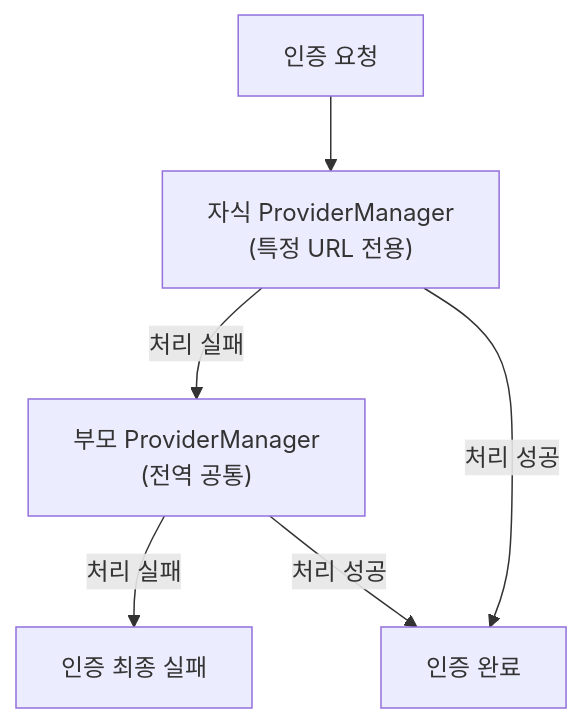
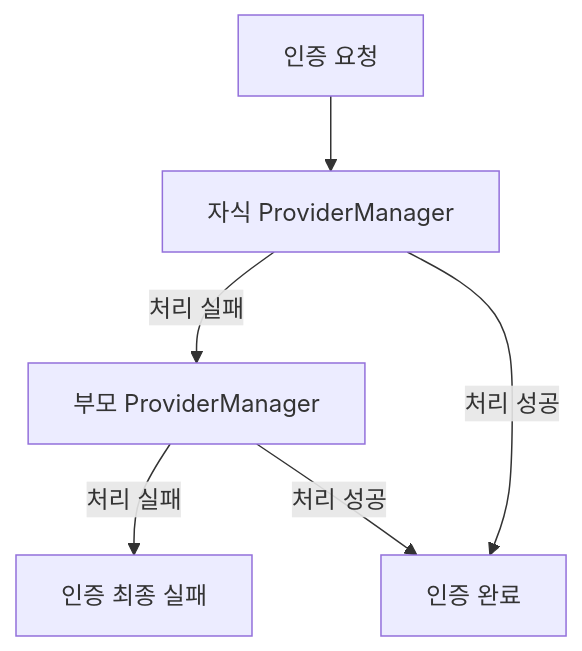
The second of 3 diagrams in _posts/security/2021-06-06-AuthenticationManager.md (yjkim2015/yjkim2015.github.io), drawn with Mermaid before and after one commit. The commit also changed other lines of this file and 271 other files, not shown here.

First line of the commit message:
Mermaid 라벨 축소: 긴 노드 텍스트 18자 이하로 트림 + \n 제거

````diff
--- a/_posts/security/2021-06-06-AuthenticationManager.md
+++ b/_posts/security/2021-06-06-AuthenticationManager.md
@@ -111,8 +111,8 @@
 ```mermaid
 flowchart TD
-    A["인증 요청"] --> B["자식 ProviderManager\n(특정 URL 전용)"]
-    B -- "처리 실패" --> C["부모 ProviderManager\n(전역 공통)"]
+    A["인증 요청"] --> B["자식 ProviderManager"]
+    B -- "처리 실패" --> C["부모 ProviderManager"]
     C -- "처리 실패" --> D["인증 최종 실패"]
     B -- "처리 성공" --> E["인증 완료"]
     C -- "처리 성공" --> E
 ```
````
